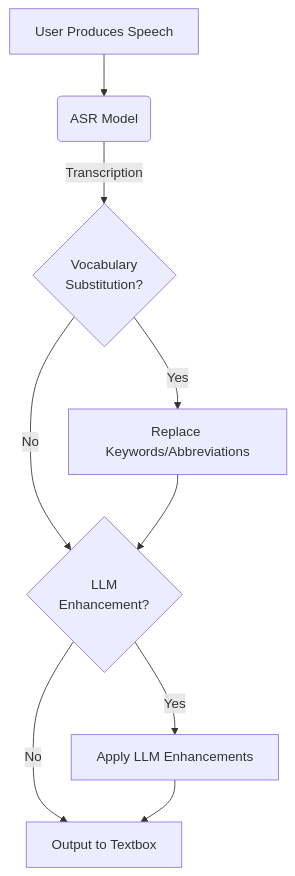
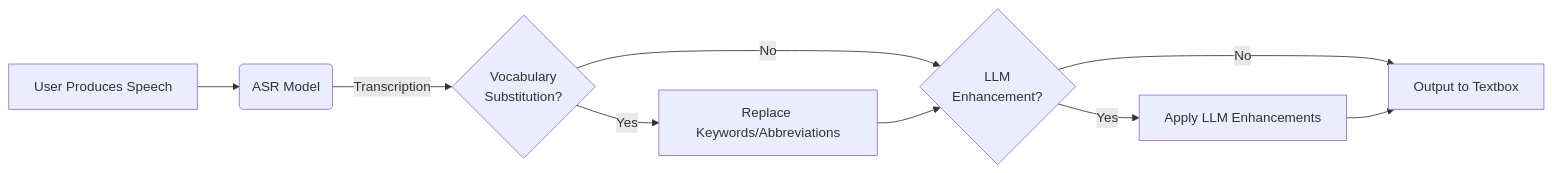
The diagram in README.md (stephan271c/WhisperNow), drawn with Mermaid before and after one commit. The commit also changed other lines of this file and 1 other file, not shown here.

````diff
--- a/README.md
+++ b/README.md
@@ -58,11 +58,11 @@
 ```mermaid
-graph TD
+graph LR
     A[User Produces Speech] --> B(ASR Model)
     B -->|Transcription| C{Vocabulary<br>Substitution?}
     C -->|Yes| D[Replace Keywords/Abbreviations]
     C -->|No| E{LLM<br>Enhancement?}
     D --> E
     E -->|Yes| F[Apply LLM Enhancements]
     E -->|No| G[Output to Textbox]
     F --> G
 ```
````
